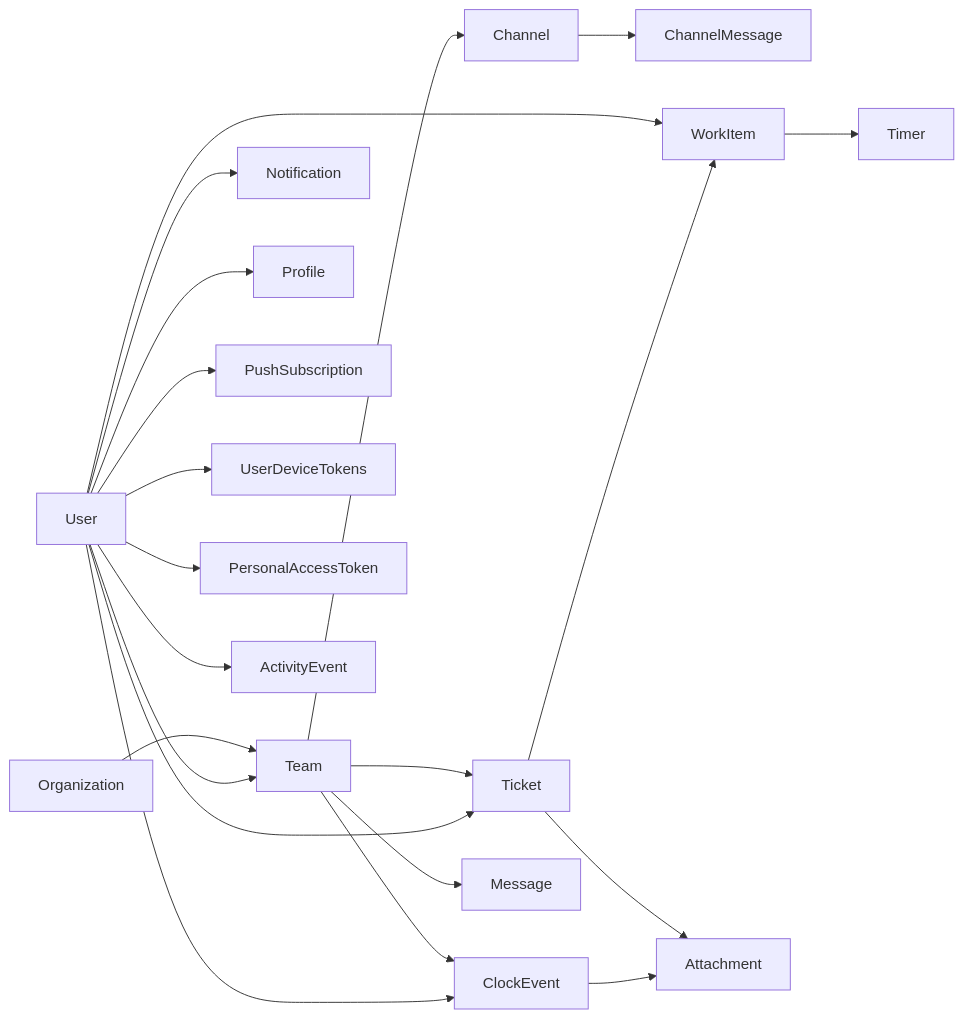
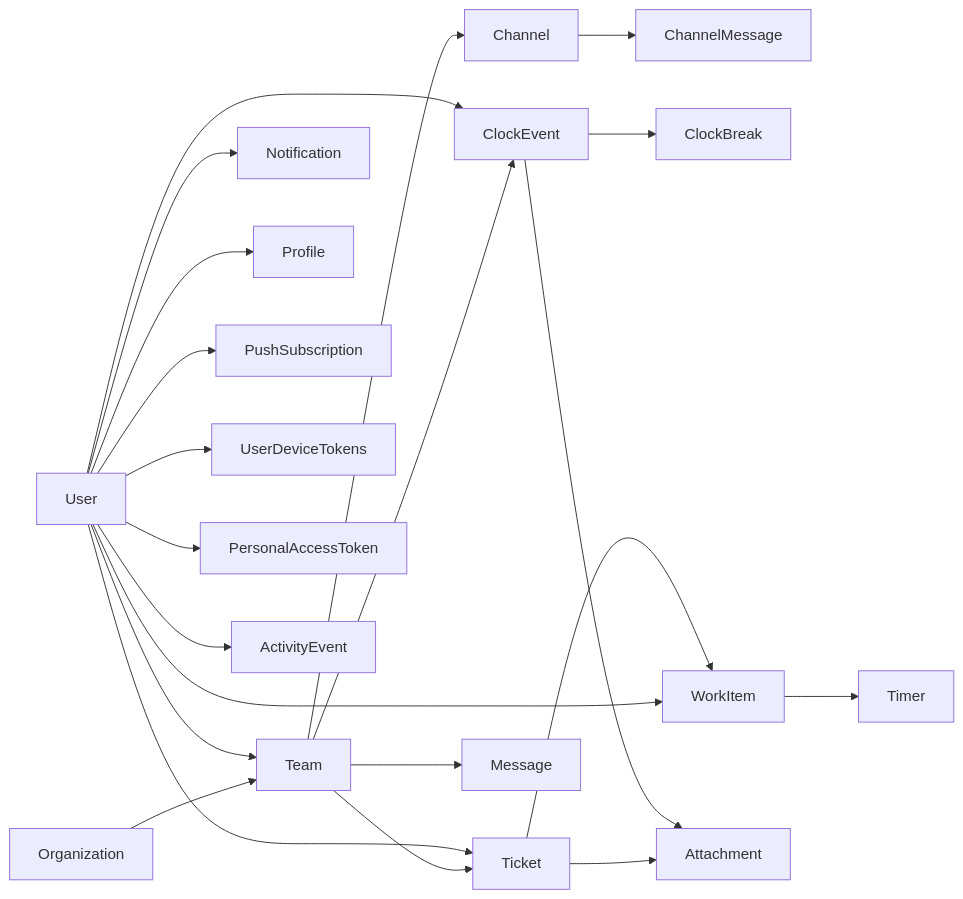
One commit to mieweb/timehuddle changed the diagram in backend/DATABASE.md. Above: the diagram before and after it, drawn with Mermaid. The commit also changed other lines of this file and 9 other files, not shown here.

````diff
--- a/backend/DATABASE.md
+++ b/backend/DATABASE.md
@@ -19,23 +19,24 @@
 ```mermaid
 flowchart LR
   Organization --> Team
   Team --> Ticket
   Team --> ClockEvent
   Team --> Channel
   Team --> Message
   Channel --> ChannelMessage
   User --> Team
   User --> Ticket
   User --> ClockEvent
+  ClockEvent --> ClockBreak
   User --> WorkItem
   WorkItem --> Timer
   Ticket --> WorkItem
   User --> Notification
   User --> Profile
   User --> PushSubscription
   User --> UserDeviceTokens
   User --> PersonalAccessToken
   User --> ActivityEvent
   Ticket --> Attachment
   ClockEvent --> Attachment
 ```
````
